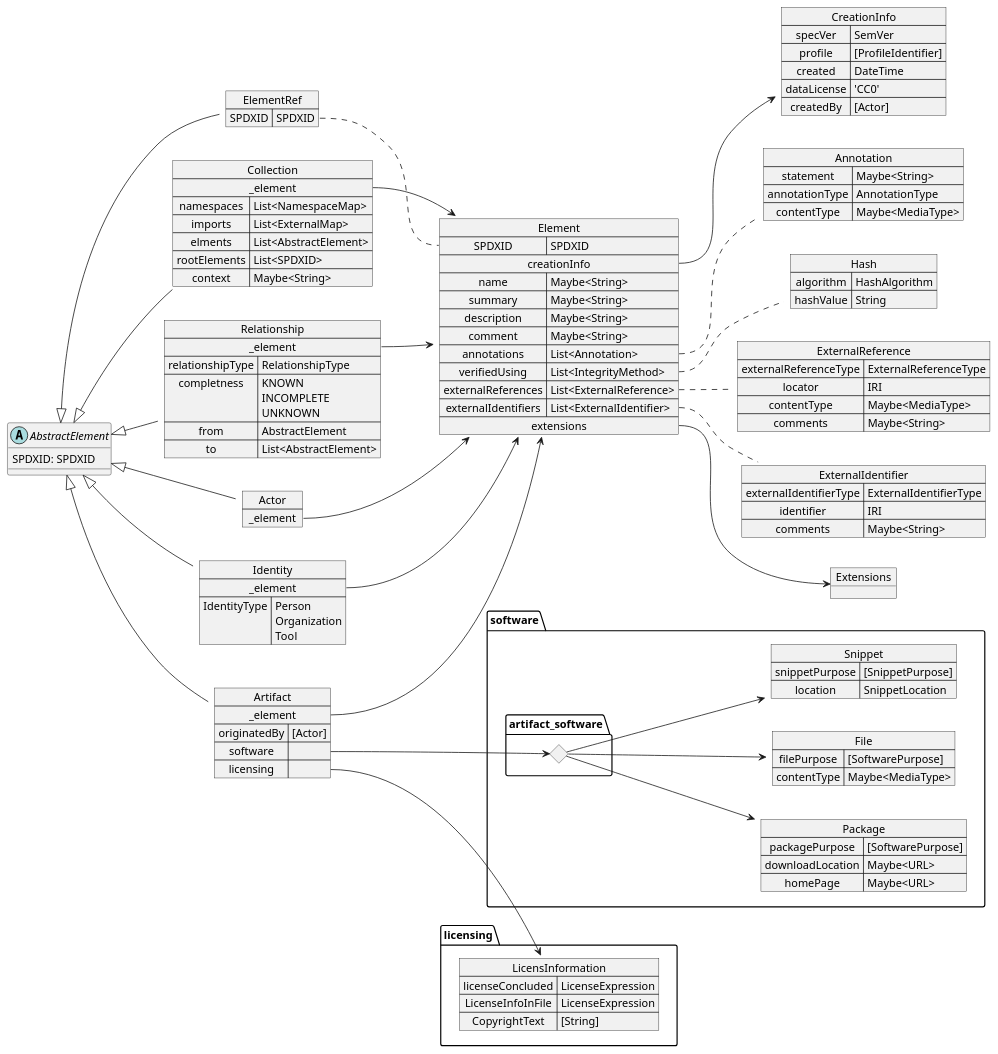
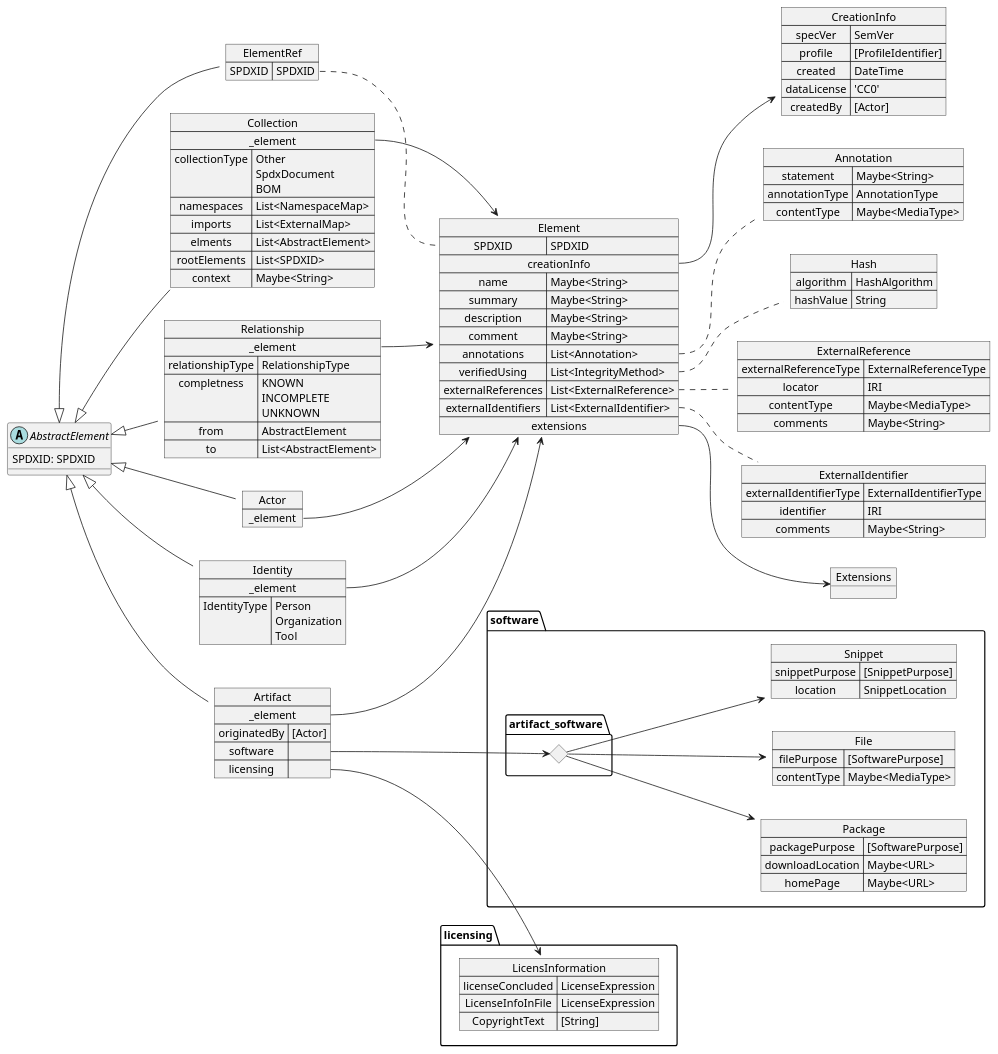
The diagram in model.puml (maxhbr/spdx-3-model.compositional), drawn with PlantUML before and after one commit. The commit also changed 2 other files, not shown here.

```diff
--- a/model.puml
+++ b/model.puml
@@ -1,132 +1,135 @@
 @startuml
 left to right direction
 
 map CreationInfo {
     specVer => SemVer
     profile => [ProfileIdentifier]
     created => DateTime
     dataLicense => 'CC0'
     createdBy => [Actor]
 }
 object Extensions
 map Element {
     SPDXID => SPDXID
     creationInfo *--> CreationInfo
     name => Maybe<String>
     summary => Maybe<String>
     description => Maybe<String>
     comment => Maybe<String>
     annotations => List<Annotation>
     verifiedUsing => List<IntegrityMethod>
     externalReferences => List<ExternalReference>
     externalIdentifiers => List<ExternalIdentifier>
     extensions *--> Extensions
 }
 map Annotation {
     statement => Maybe<String>
     annotationType => AnnotationType
     contentType => Maybe<MediaType>
 }
 Element::annotations .. Annotation
 map ExternalReference {
     externalReferenceType => ExternalReferenceType
     locator => IRI
     contentType => Maybe<MediaType>
     comments => Maybe<String>
 }
 Element::externalReferences .. ExternalReference
 Map Hash {
     algorithm => HashAlgorithm
     hashValue => String
 }
 Element::verifiedUsing .. Hash
 Map ExternalIdentifier {
     externalIdentifierType => ExternalIdentifierType
     identifier => IRI
     comments => Maybe<String>
 }
 Element::externalIdentifiers .. ExternalIdentifier
 
 map Artifact {
     _element *--> Element
     originatedBy => [Actor]
     software =>
     licensing =>
 }
 
 map Collection {
     _element *--> Element
+    collectionType => Other\nSpdxDocument\nBOM
     namespaces => List<NamespaceMap>
     imports => List<ExternalMap>
     elments => List<AbstractElement>
     rootElements => List<SPDXID>
     context => Maybe<String>
 }
 
 map Relationship {
     _element *--> Element
     relationshipType => RelationshipType
     completness => KNOWN\nINCOMPLETE\nUNKNOWN
     from => AbstractElement
     to => List<AbstractElement>
 }
 
 map Actor {
     _element *--> Element
 }
 
 map Identity {
     _element *--> Element
     IdentityType => Person\nOrganization\nTool
 }
 
 
 package software {
     map Package {
         packagePurpose => [SoftwarePurpose]
         downloadLocation => Maybe<URL>
         homePage => Maybe<URL>
     }
     map File {
         filePurpose => [SoftwarePurpose]
         contentType => Maybe<MediaType>
     }
     Map Snippet {
         snippetPurpose => [SnippetPurpose]
         location => SnippetLocation
     }
     diamond artifact_software.dia
     artifact_software.dia --> Package
     artifact_software.dia --> File
     artifact_software.dia --> Snippet
     Artifact::software --> artifact_software.dia
 }
 
 package licensing {
     map LicensInformation {
         licenseConcluded => LicenseExpression
         LicenseInfoInFile => LicenseExpression
         CopyrightText => [String]
     }
     Artifact::licensing --> LicensInformation
 }
 
 
 
 
 map ElementRef {
     SPDXID => SPDXID
 }
 ElementRef::SPDXID .. Element::SPDXID
 
 
-abstract AbstractElement
-AbstractElement : SPDXID: SPDXID
+abstract AbstractElement {
+  SPDXID: SPDXID
+  ' {method} toElementRef: AbstractElement
+}
 AbstractElement <|-- ElementRef
 AbstractElement <|-- Identity
 AbstractElement <|-- Actor
 AbstractElement <|-- Relationship
 AbstractElement <|-- Collection
 AbstractElement <|-- Artifact
 
 @enduml
```
